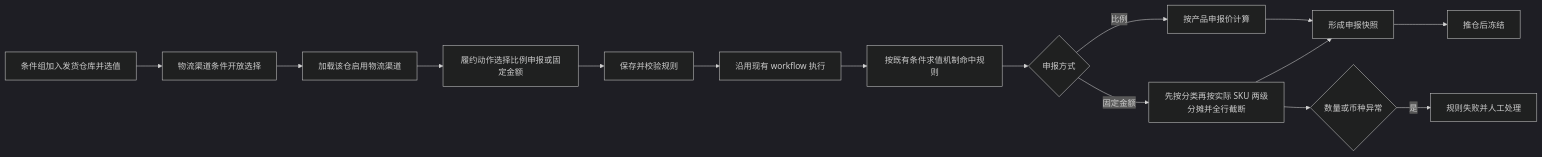
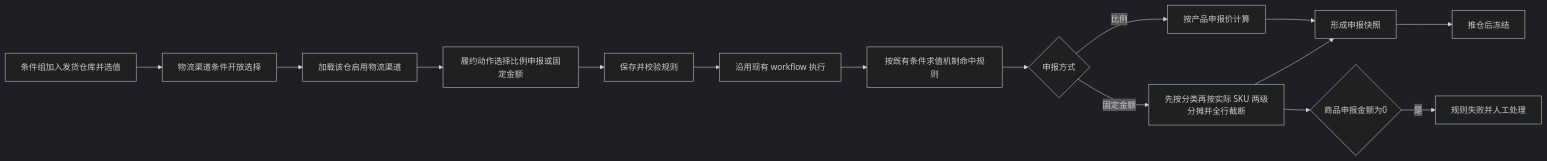
The diagram in docs/v0.28.4/tasks/0185/product-plan.md (arlo-hello/erp-ai-docs-arlo), drawn with Mermaid (dark theme) before and after one commit. The commit also changed other lines of this file and 4 other files, not shown here.

````diff
--- a/docs/v0.28.4/tasks/0185/product-plan.md
+++ b/docs/v0.28.4/tasks/0185/product-plan.md
@@ -42,17 +42,17 @@
 ```mermaid
 flowchart LR
   A[条件组加入发货仓库并选值] --> B[物流渠道条件开放选择]
   B --> C[加载该仓启用物流渠道]
   C --> D[履约动作选择比例申报或固定金额]
   D --> E[保存并校验规则]
   E --> F[沿用现有 workflow 执行]
   F --> G[按既有条件求值机制命中规则]
   G --> H{申报方式}
   H -->|比例| I[按产品申报价计算]
   H -->|固定金额| J[先按分类再按实际 SKU 两级分摊并全行截断]
   I --> K[形成申报快照]
   J --> K
   K --> L[推仓后冻结]
-  J --> M{数量或币种异常}
+  J --> M{商品申报金额为0}
   M -->|是| N[规则失败并人工处理]
 ```
````
